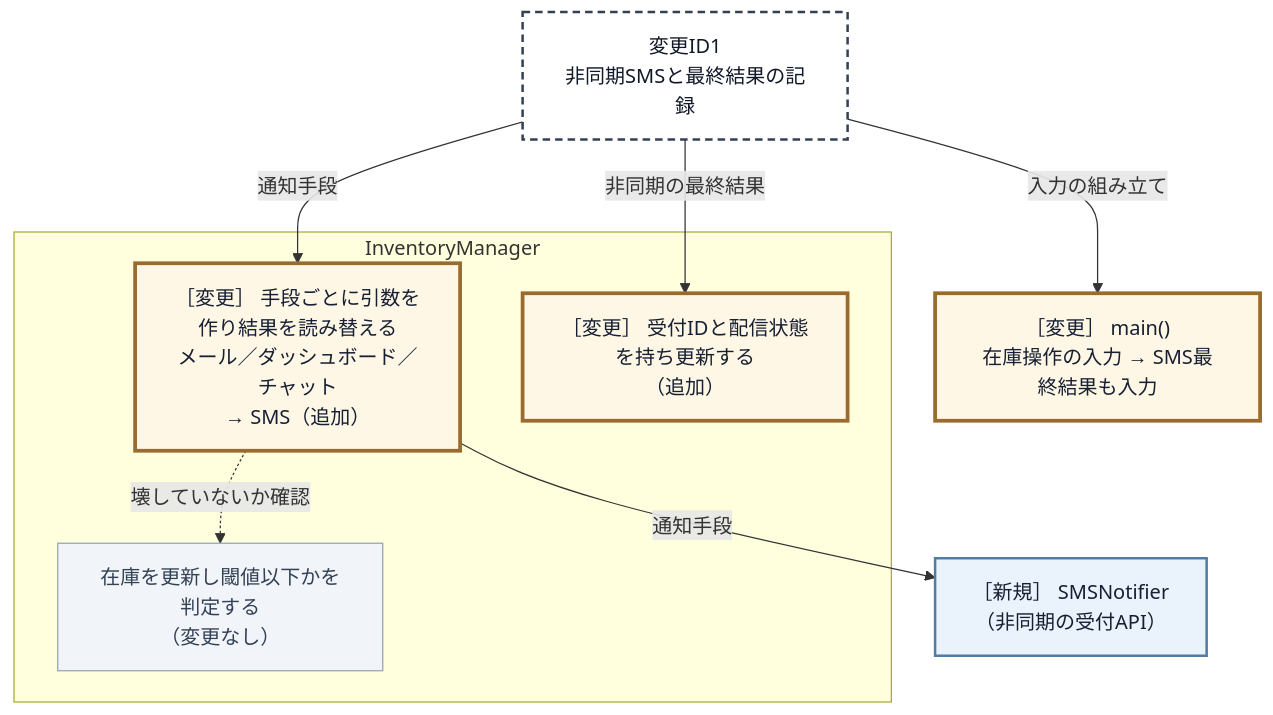
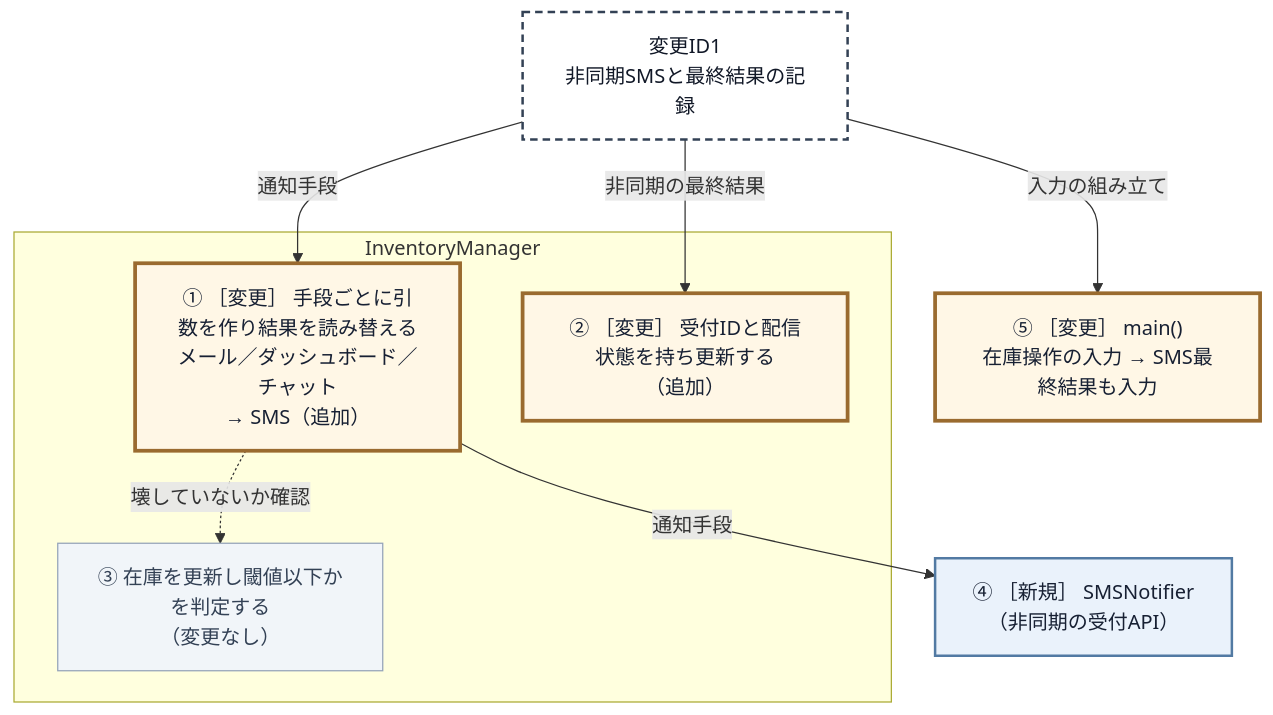
One commit to kumachan1101-pixel/DesignPattern changed the seventh of 20 diagrams in kindle/design-patterns/books/volume01-core-patterns/output/05-chapter03.md. Above: the diagram before and after it, drawn with Mermaid. The commit also changed other lines of this file and 19 other files, not shown here.

````diff
--- a/kindle/design-patterns/books/volume01-core-patterns/output/05-chapter03.md
+++ b/kindle/design-patterns/books/volume01-core-patterns/output/05-chapter03.md
@@ -1307,24 +1307,24 @@
 ```mermaid
 graph TD
     T1["変更ID1<br>非同期SMSと最終結果の記録"]:::req
 
     subgraph IM["InventoryManager"]
-        I2["［変更］ 手段ごとに引数を作り結果を読み替える<br>メール／ダッシュボード／チャット<br>→ SMS（追加）"]:::touched
-        I3["［変更］ 受付IDと配信状態を持ち更新する<br>（追加）"]:::touched
-        I1["在庫を更新し閾値以下かを判定する<br>（変更なし）"]:::keep
+        I2["① ［変更］ 手段ごとに引数を作り結果を読み替える<br>メール／ダッシュボード／チャット<br>→ SMS（追加）"]:::touched
+        I3["② ［変更］ 受付IDと配信状態を持ち更新する<br>（追加）"]:::touched
+        I1["③ 在庫を更新し閾値以下かを判定する<br>（変更なし）"]:::keep
     end
 
-    B["［新規］ SMSNotifier<br>（非同期の受付API）"]:::added
-    M["［変更］ main()<br>在庫操作の入力 → SMS最終結果も入力"]:::touched
+    B["④ ［新規］ SMSNotifier<br>（非同期の受付API）"]:::added
+    M["⑤ ［変更］ main()<br>在庫操作の入力 → SMS最終結果も入力"]:::touched
 
     T1 -->|"通知手段"| I2
     T1 -->|"非同期の最終結果"| I3
     T1 -->|"入力の組み立て"| M
     I2 -->|"通知手段"| B
     I2 -.->|"壊していないか確認"| I1
 
     classDef req fill:#ffffff,stroke:#334155,stroke-width:2px,stroke-dasharray:6 4,color:#111827;
     classDef keep fill:#f1f5f9,stroke:#94a3b8,color:#334155;
     classDef added fill:#eaf2fb,stroke:#527aa3,stroke-width:2px,color:#172033;
     classDef touched fill:#fff7e6,stroke:#9a6b2f,stroke-width:3px,color:#172033;
 ```
````
